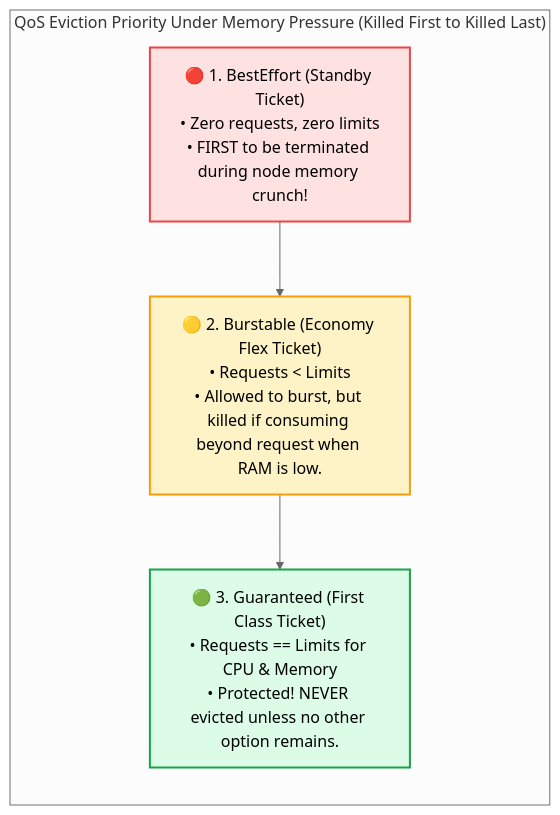
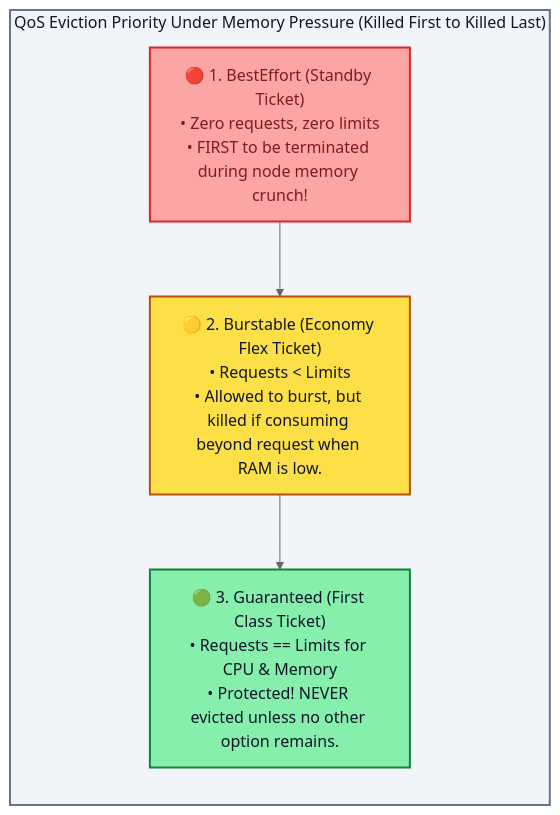
The third of 4 diagrams in 02-Kubernetes/02-Workloads-and-Scheduling.md (PandeyKishan/Study-Notes), drawn with Mermaid (neutral theme) before and after one commit. The commit also changed other lines of this file and 22 other files, not shown here.

Commit message:
docs: enhance diagram visibility with high-contrast palette and add concise book definitions

````diff
--- a/02-Kubernetes/02-Workloads-and-Scheduling.md
+++ b/02-Kubernetes/02-Workloads-and-Scheduling.md
@@ -129,15 +152,16 @@
 ```mermaid
 flowchart TD
     subgraph QoS_Tiers["QoS Eviction Priority Under Memory Pressure (Killed First to Killed Last)"]
         direction TB
         BE["🔴 1. BestEffort (Standby Ticket)\n• Zero requests, zero limits\n• FIRST to be terminated during node memory crunch!"]
         BU["🟡 2. Burstable (Economy Flex Ticket)\n• Requests < Limits\n• Allowed to burst, but killed if consuming beyond request when RAM is low."]
         G["🟢 3. Guaranteed (First Class Ticket)\n• Requests == Limits for CPU & Memory\n• Protected! NEVER evicted unless no other option remains."]
 
         BE --> BU --> G
     end
 
-    style BE fill:#fee2e2,stroke:#ef4444,stroke-width:2px
-    style BU fill:#fef3c7,stroke:#f59e0b,stroke-width:2px
-    style G fill:#dcfce7,stroke:#16a34a,stroke-width:2px
+    style QoS_Tiers fill:#f1f5f9,stroke:#64748b,stroke-width:2px,color:#0f172a
+    style BE fill:#fca5a5,stroke:#dc2626,stroke-width:2px,color:#7f1d1d
+    style BU fill:#fde047,stroke:#b45309,stroke-width:2px,color:#0f172a
+    style G fill:#86efac,stroke:#15803d,stroke-width:2px,color:#0f172a
 ```
````
